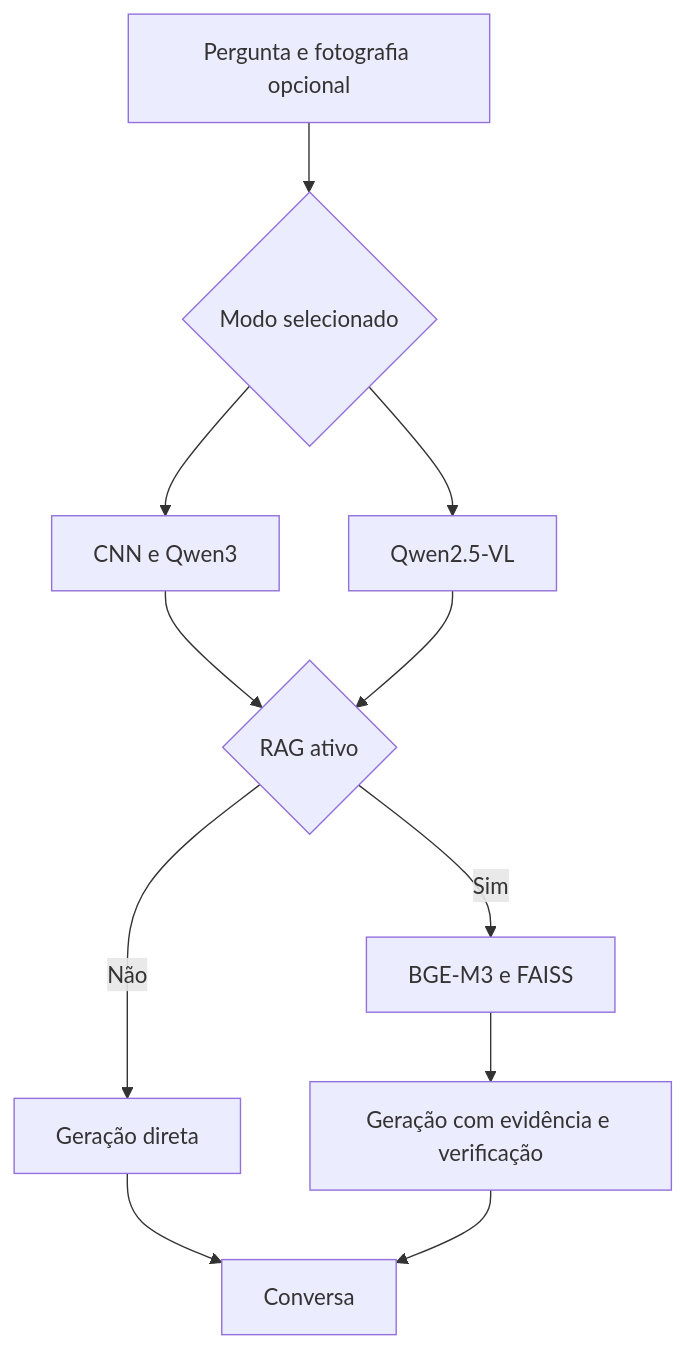
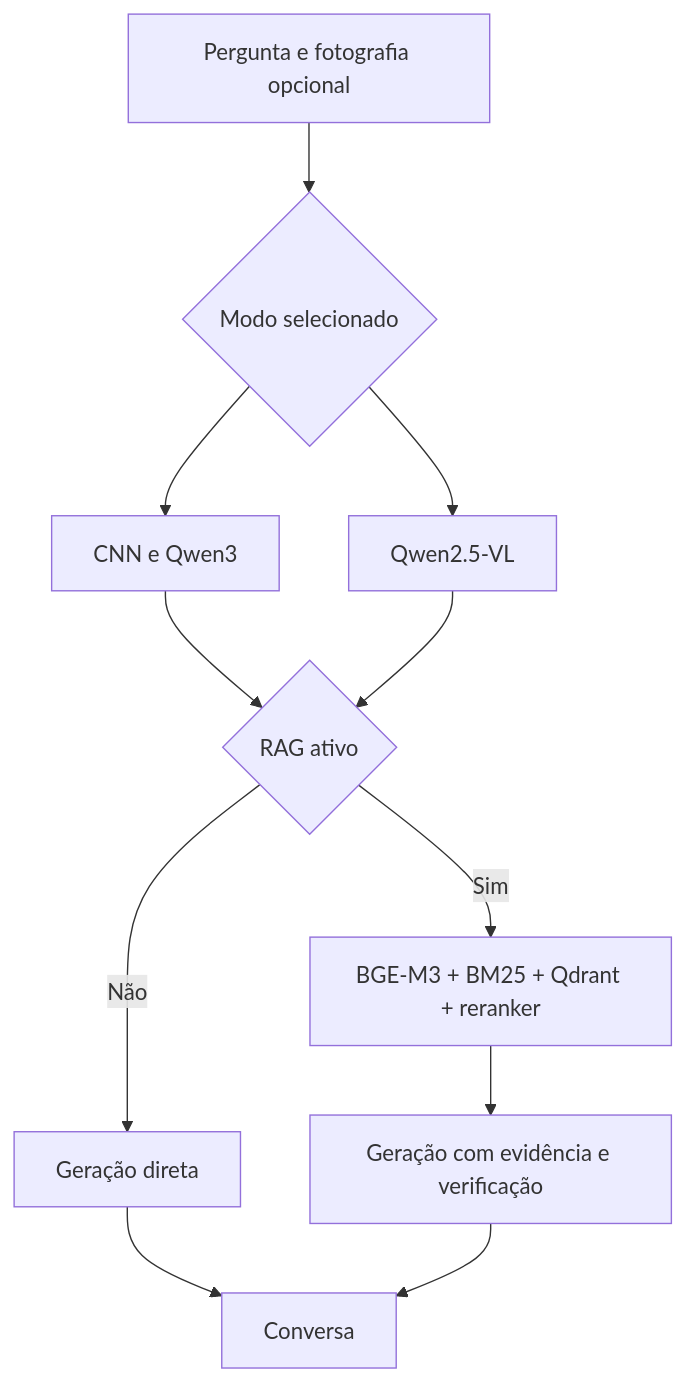
One commit to DeepLearningTeam/Assistente-de-doen-as-da-vinha changed the diagram in PROTOCOLO.md. Above: the diagram before and after it, drawn with Mermaid. The commit also changed other lines of this file and 34 other files, not shown here.

````diff
--- a/PROTOCOLO.md
+++ b/PROTOCOLO.md
@@ -17,13 +17,13 @@
 ```mermaid
 flowchart TD
     A["Pergunta e fotografia opcional"] --> B{"Modo selecionado"}
     B --> C["CNN e Qwen3"]
     B --> D["Qwen2.5-VL"]
     C --> E{"RAG ativo"}
     D --> E
-    E -->|Sim| F["BGE-M3 e FAISS"]
+    E -->|Sim| F["BGE-M3 + BM25 + Qdrant + reranker"]
     E -->|Não| G["Geração direta"]
     F --> H["Geração com evidência e verificação"]
     G --> I["Conversa"]
     H --> I
 ```
````
